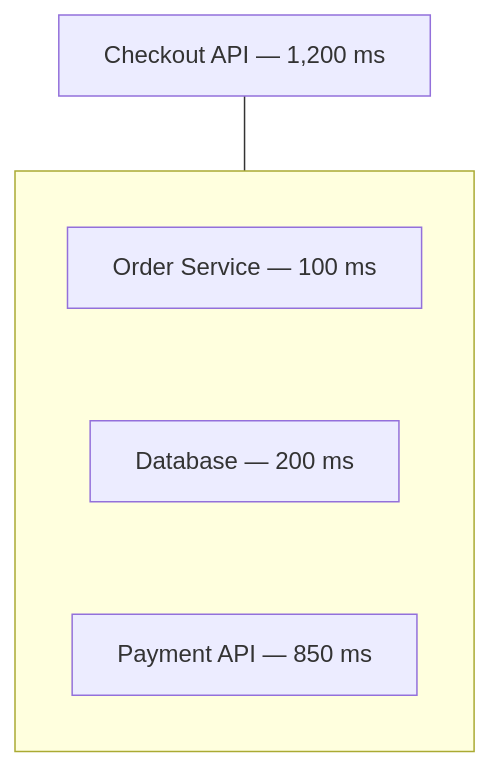
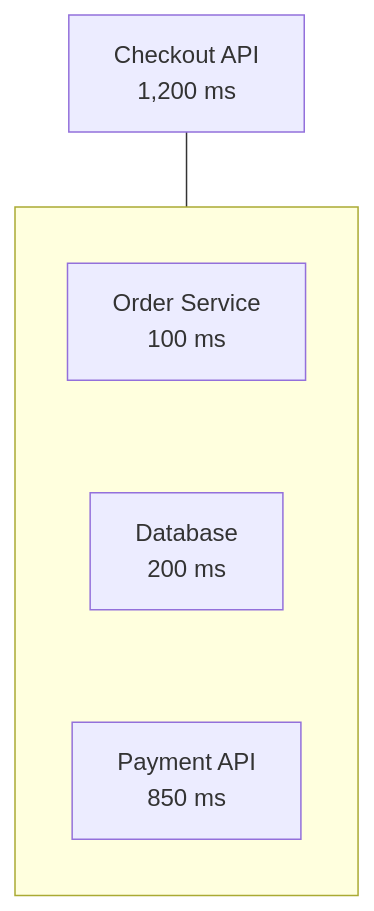
One commit to gitussr/systemly changed the fifth of 6 diagrams in content/10-observability/10.03-logs.md. Above: the diagram before and after it, drawn with Mermaid. The commit also changed 1 other file, not shown here.

Commit message:
10.01, 10.03: put span durations on their own line in trace diagrams
"Validate Cart — 50 ms" wrapped mid-value at 390px; labels now read
"Validate Cart" / "50 ms".

````diff
--- a/content/10-observability/10.03-logs.md
+++ b/content/10-observability/10.03-logs.md
@@ -482,10 +482,10 @@
 ```mermaid
 flowchart TD
   accTitle: A trace with timings
   accDescr: The checkout API takes 1,200 ms: the order service 100 ms, the database 200 ms and the payment API 850 ms.
-  C["Checkout API — 1,200 ms"] --- G
+  C["Checkout API<br/>1,200 ms"] --- G
   subgraph G[" "]
     direction TB
-    I0["Order Service — 100 ms"] ~~~ I1["Database — 200 ms"] ~~~ I2["Payment API — 850 ms"]
+    I0["Order Service<br/>100 ms"] ~~~ I1["Database<br/>200 ms"] ~~~ I2["Payment API<br/>850 ms"]
   end
 ```
````
